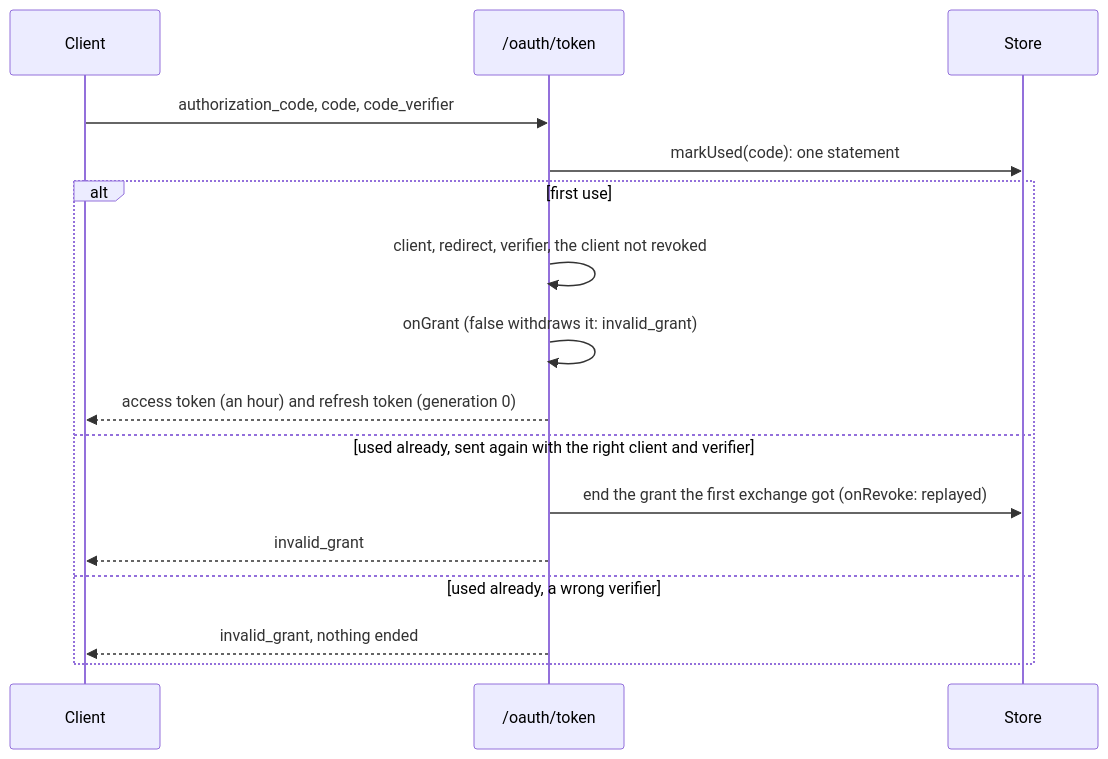
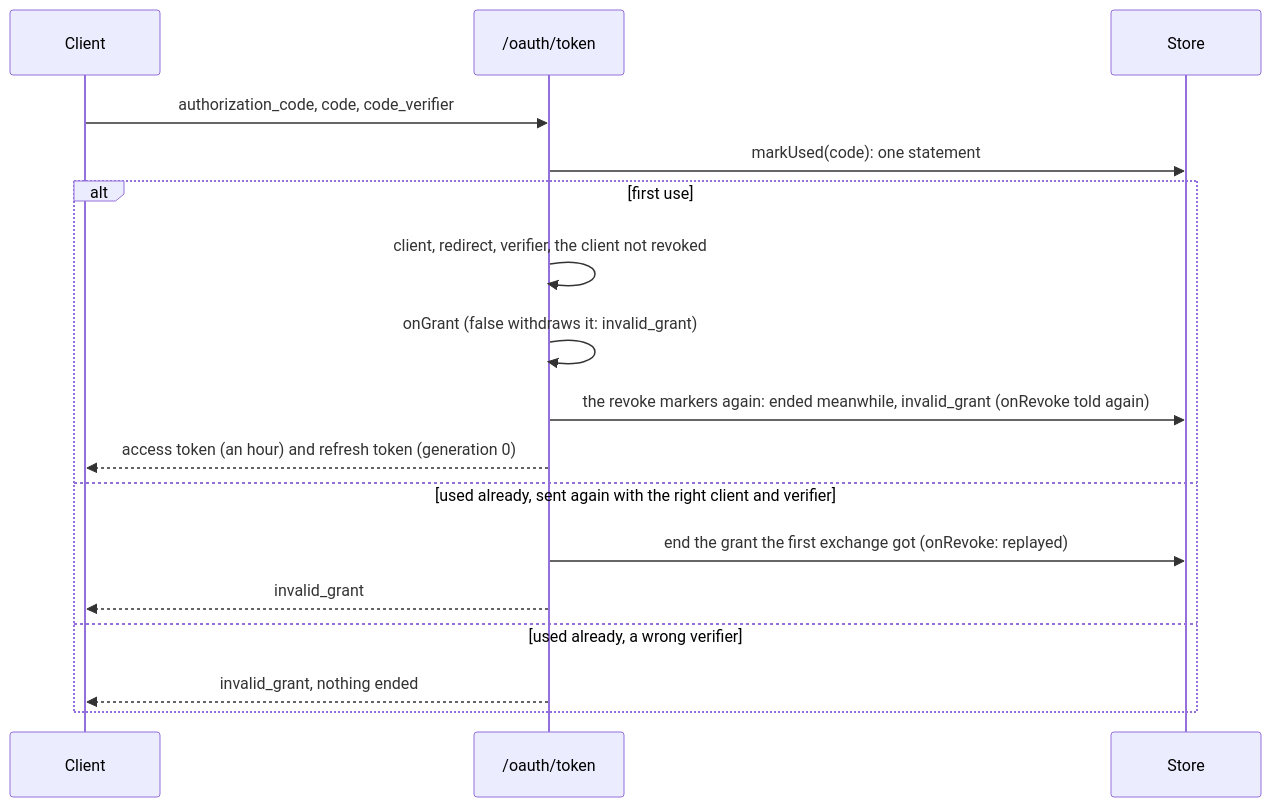
Before and after one commit to escalay/api-kit: the third of 7 diagrams in src/oauth/README.md, drawn with Mermaid. The commit also changed other lines of this file and 10 other files, not shown here.

````diff
--- a/src/oauth/README.md
+++ b/src/oauth/README.md
@@ -261,18 +261,19 @@
 ```mermaid
 sequenceDiagram
   participant Client
   participant Token as /oauth/token
   participant Store
   Client->>Token: authorization_code, code, code_verifier
   Token->>Store: markUsed(code): one statement
   alt first use
     Token->>Token: client, redirect, verifier, the client not revoked
     Token->>Token: onGrant (false withdraws it: invalid_grant)
+    Token->>Store: the revoke markers again: ended meanwhile, invalid_grant (onRevoke told again)
     Token-->>Client: access token (an hour) and refresh token (generation 0)
   else used already, sent again with the right client and verifier
     Token->>Store: end the grant the first exchange got (onRevoke: replayed)
     Token-->>Client: invalid_grant
   else used already, a wrong verifier
     Token-->>Client: invalid_grant, nothing ended
   end
 ```
````
